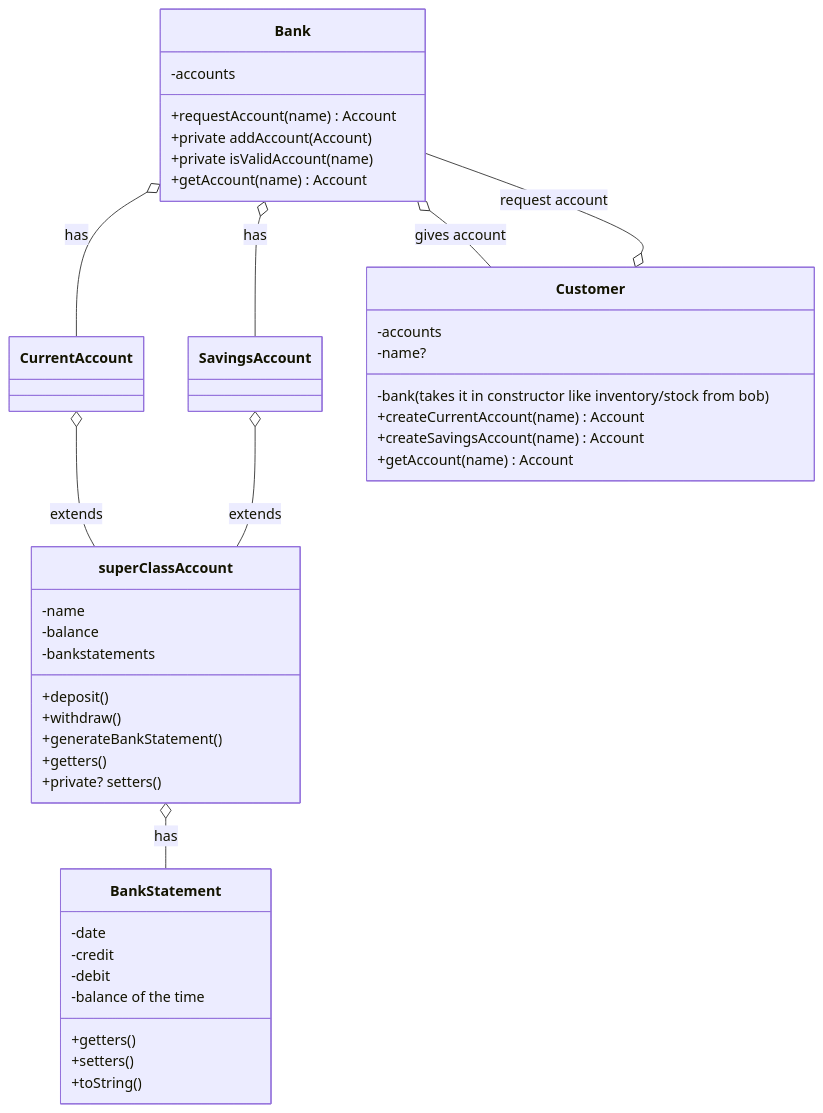
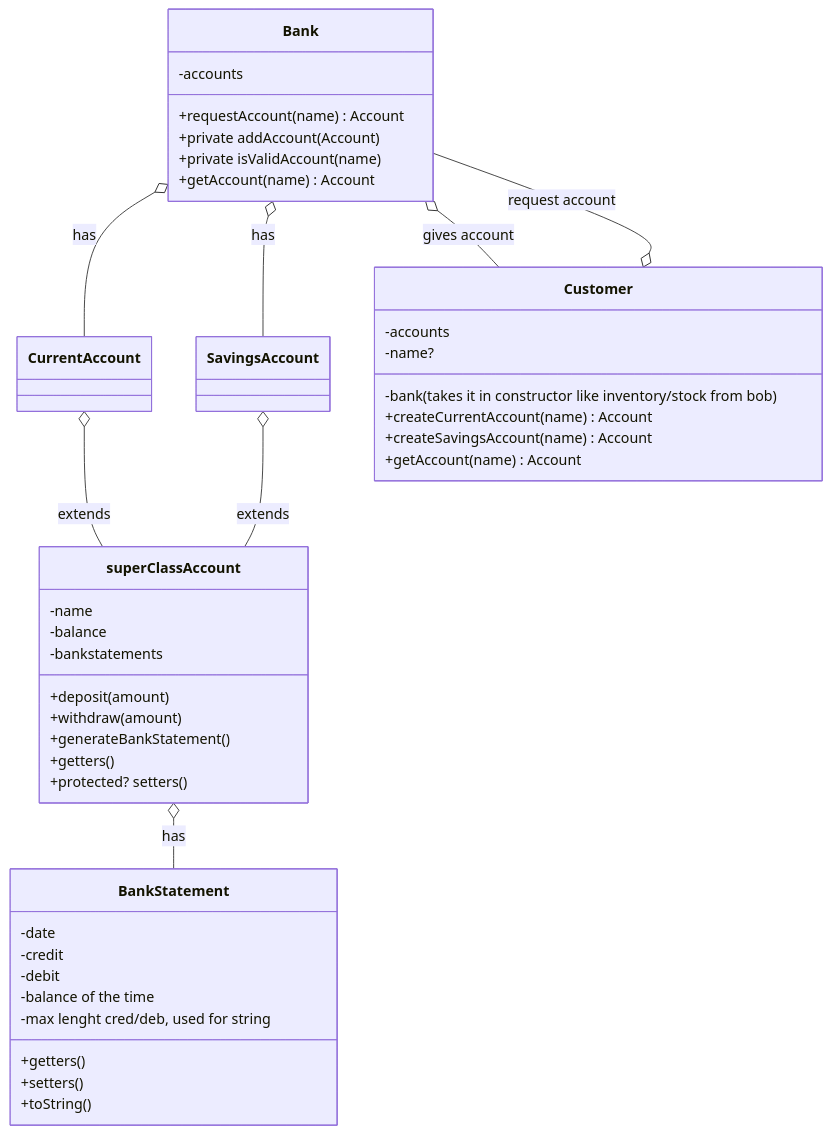
The diagram in classModel.md (ReRaulReb/java-tdd-oop-bank-challenge), drawn with Mermaid before and after one commit. The commit also changed 2 other files, not shown here.

Commit message:
added test for account and some changes to the test in bank aswell as the diagram

````diff
--- a/classModel.md
+++ b/classModel.md
@@ -1,63 +1,64 @@
 ```mermaid
     classDiagram
 
         class Bank{
             -accounts
 
             +requestAccount(name) Account
             +private addAccount(Account)
             +private isValidAccount(name)
             +getAccount(name) Account
         }
 
         class superClassAccount {
             -name
             -balance
             -bankstatements
 
-            +deposit()
-            +withdraw()
+            +deposit(amount)
+            +withdraw(amount)
             +generateBankStatement()
             +getters()
-            +private? setters()
+            +protected? setters()
         }
 
         class BankStatement{
             -date
             -credit
             -debit
             -balance of the time
+            -max lenght cred/deb, used for string
 
             +getters()
             +setters()
             +toString()
         }
 
         class CurrentAccount{
         }
 
         class SavingsAccount{
         }
 
         class Customer{
             -accounts
             -bank (takes it in constructor like inventory/stock from bob)
             -name?
 
             +createCurrentAccount(name) Account
             +createSavingsAccount(name) Account
             +getAccount(name) Account
         }
 
         superClassAccount o-- BankStatement: has
         CurrentAccount o-- superClassAccount: extends
         SavingsAccount o-- superClassAccount: extends
 
         Bank o-- CurrentAccount: has
         Bank o-- SavingsAccount: has
 
         Bank o-- Customer: gives account
         Customer o-- Bank: request account
 
 
 ```
````
